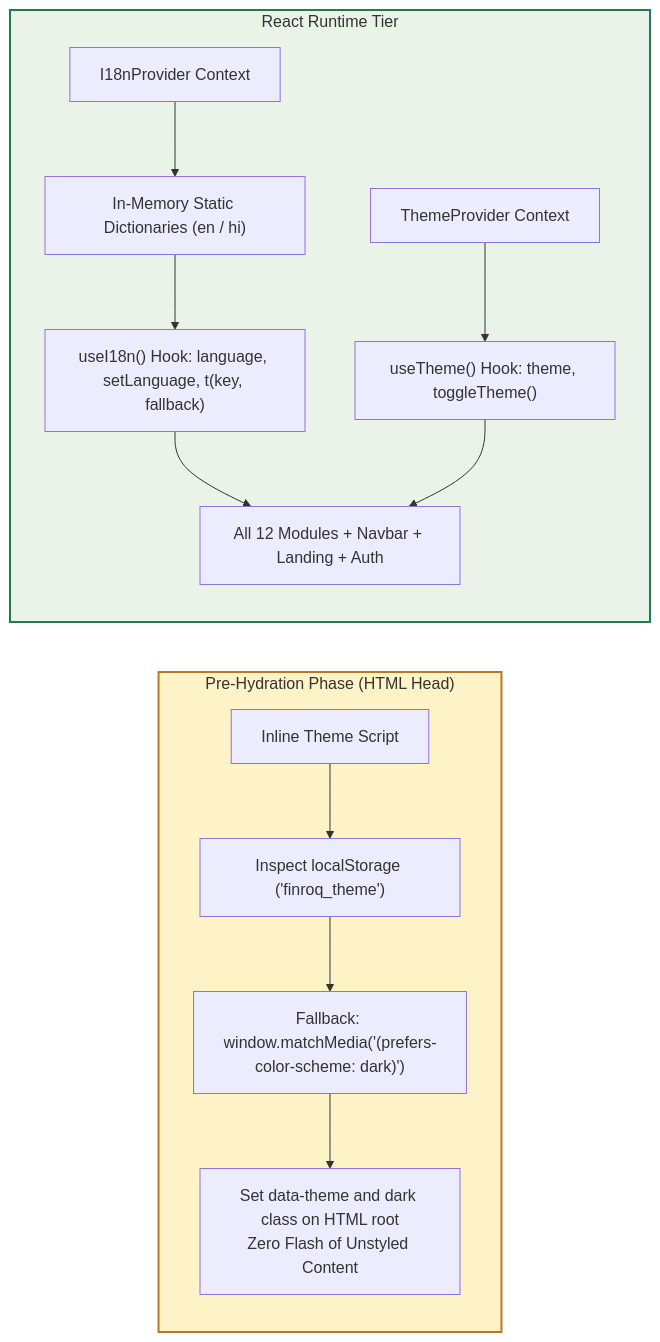
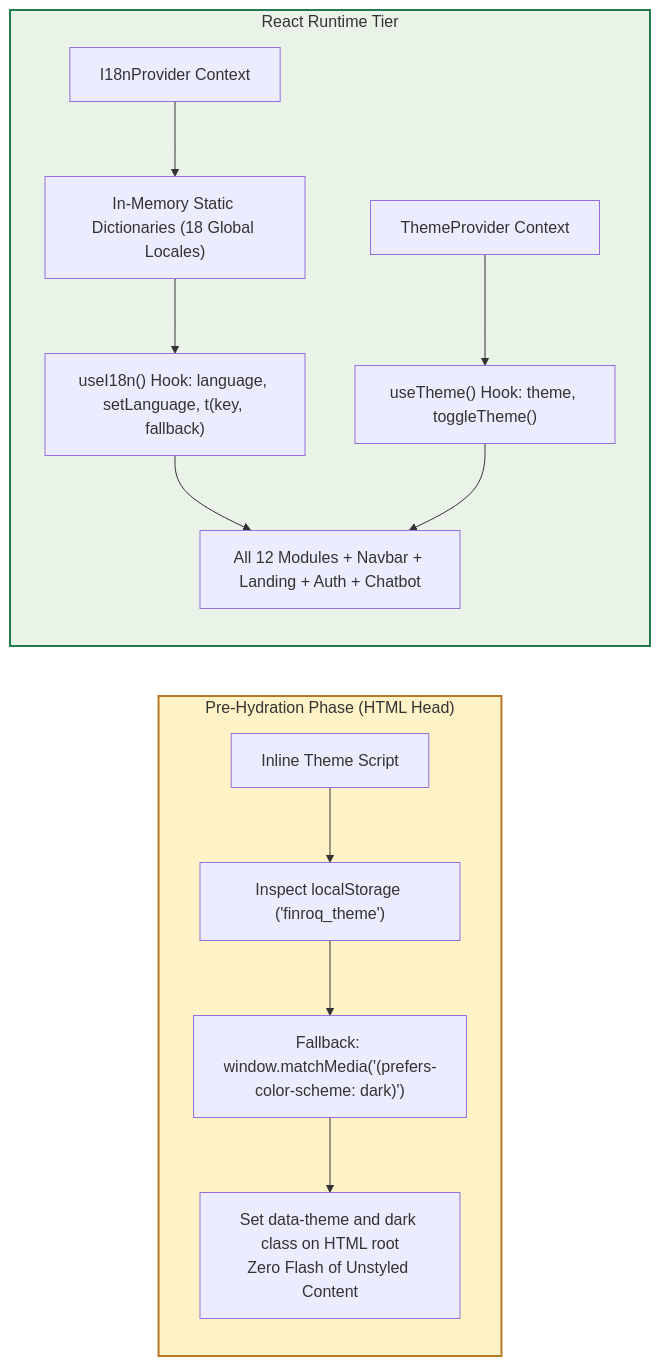
The fifth of 5 diagrams in README.md (nikhillakra2007-tech/finroq), drawn with Mermaid before and after one commit. The commit also changed other lines of this file and 23 other files, not shown here.

First line of the commit message:
FEAT(I18N/AUTH/AI): INTEGRATE 18-LOCALE GLOBAL INTERNATIONALIZATION, GOOGLE POPUP AUTHENTICATION PROTOCOL, RESPONSIVE OVERFLOW SAFEGUARDS, AND FLOATING MULTILINGUAL AI ASSISTANT

````diff
--- a/README.md
+++ b/README.md
@@ -350,20 +353,20 @@
 ```mermaid
 flowchart LR
     subgraph PRE_HYDRATION["Pre-Hydration Phase (HTML Head)"]
         SCRIPT["Inline Theme Script"] --> LOCAL_STORAGE["Inspect localStorage ('finroq_theme')"]
         LOCAL_STORAGE --> OS_PREF["Fallback: window.matchMedia('(prefers-color-scheme: dark)')"]
         OS_PREF --> APPLY_ATTR["Set data-theme and dark class on HTML root<br/>Zero Flash of Unstyled Content"]
     end
 
     subgraph RUNTIME["React Runtime Tier"]
-        I18N_CTX["I18nProvider Context"] --> DICT["In-Memory Static Dictionaries (en / hi)"]
+        I18N_CTX["I18nProvider Context"] --> DICT["In-Memory Static Dictionaries (18 Global Locales)"]
         DICT --> HOOK["useI18n() Hook: language, setLanguage, t(key, fallback)"]
-        HOOK --> ALL_VIEWS["All 12 Modules + Navbar + Landing + Auth"]
+        HOOK --> ALL_VIEWS["All 12 Modules + Navbar + Landing + Auth + Chatbot"]
         
         THEME_CTX["ThemeProvider Context"] --> THEME_HOOK["useTheme() Hook: theme, toggleTheme()"]
         THEME_HOOK --> ALL_VIEWS
     end
 
     style PRE_HYDRATION fill:#FEF3C7,stroke:#B77925,stroke-width:2px;
     style RUNTIME fill:#EAF3E7,stroke:#247A50,stroke-width:2px;
 ```
````
